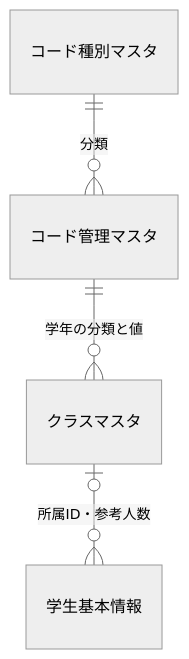
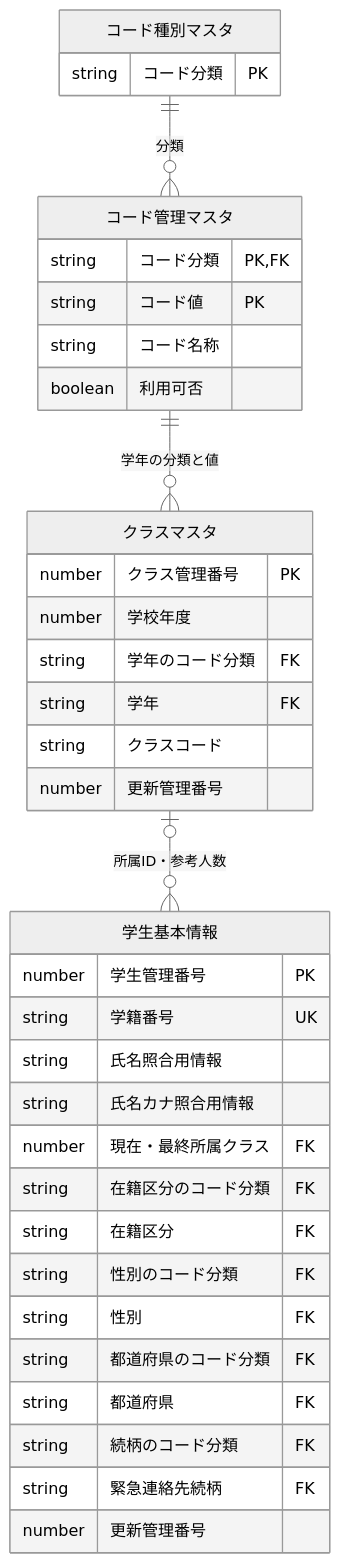
The seventh of 15 diagrams in test-project1/spec/AS400_RPG/基本設計書/02_学生登録画面.md (tujinrong/contextbase-evaluation), drawn with Mermaid (neutral theme) before and after one commit. The commit also changed other lines of this file and 157 other files, not shown here.

````diff
--- a/test-project1/spec/AS400_RPG/基本設計書/02_学生登録画面.md
+++ b/test-project1/spec/AS400_RPG/基本設計書/02_学生登録画面.md
@@ -442,6 +507,39 @@
 ```mermaid
 erDiagram
     コード種別マスタ ||--o{ コード管理マスタ : "分類"
     コード管理マスタ ||--o{ クラスマスタ : "学年の分類と値"
     クラスマスタ o|--o{ 学生基本情報 : "所属ID・参考人数"
+    コード種別マスタ {
+        string コード分類 PK
+    }
+    コード管理マスタ {
+        string コード分類 PK,FK
+        string コード値 PK
+        string コード名称
+        boolean 利用可否
+    }
+    クラスマスタ {
+        number クラス管理番号 PK
+        number 学校年度
+        string 学年のコード分類 FK
+        string 学年 FK
+        string クラスコード
+        number 更新管理番号
+    }
+    学生基本情報 {
+        number 学生管理番号 PK
+        string 学籍番号 UK
+        string 氏名照合用情報
+        string 氏名カナ照合用情報
+        number 現在・最終所属クラス FK
+        string 在籍区分のコード分類 FK
+        string 在籍区分 FK
+        string 性別のコード分類 FK
+        string 性別 FK
+        string 都道府県のコード分類 FK
+        string 都道府県 FK
+        string 続柄のコード分類 FK
+        string 緊急連絡先続柄 FK
+        number 更新管理番号
+    }
 ```
````
